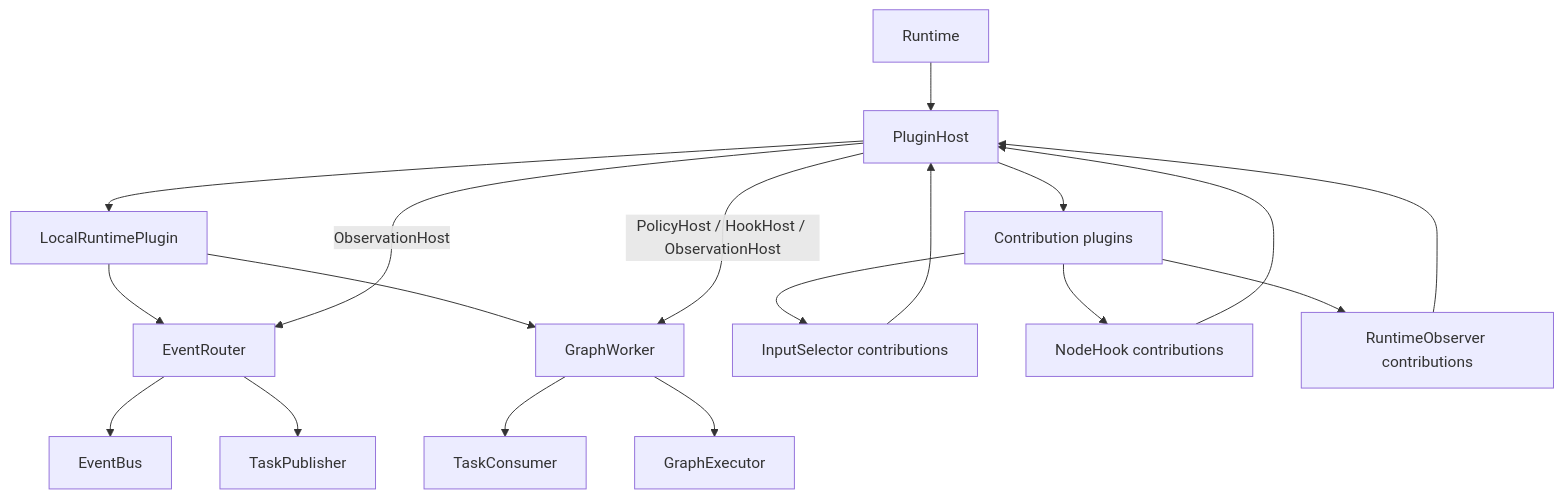
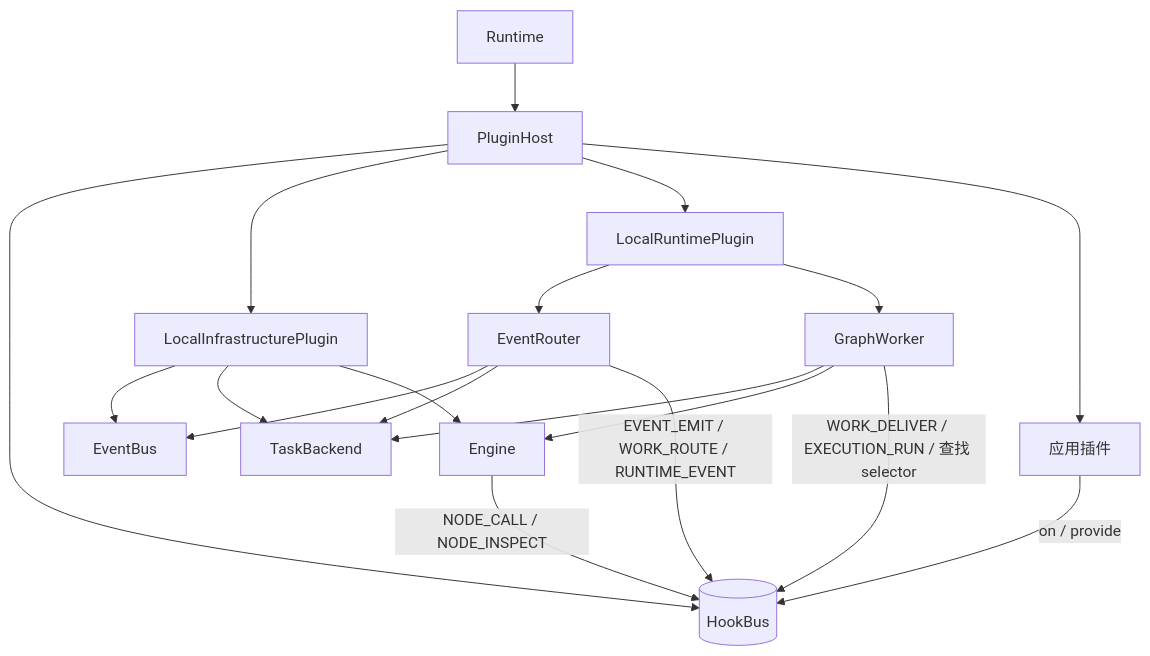
The second of 5 diagrams in docs/06-runtime-architecture.md (KKKKKKKEM/interlace), drawn with Mermaid before and after one commit. The commit also changed other lines of this file and 78 other files, not shown here.

````diff
--- a/docs/06-runtime-architecture.md
+++ b/docs/06-runtime-architecture.md
@@ -103,22 +105,23 @@
 ```mermaid
 flowchart TB
     Runtime --> Host[PluginHost]
+    Host --> Bus[(HookBus)]
+    Host --> Infra[LocalInfrastructurePlugin]
     Host --> Local[LocalRuntimePlugin]
-    Host --> Contributions[Contribution plugins]
+    Host --> Features[应用插件]
 
+    Infra --> EventBus
+    Infra --> Tasks[TaskBackend]
+    Infra --> Engine
     Local --> Router[EventRouter]
     Local --> Worker[GraphWorker]
-    Router --> Bus[EventBus]
-    Router --> Publisher[TaskPublisher]
-    Worker --> Consumer[TaskConsumer]
-    Worker --> Executor[GraphExecutor]
+    Router --> EventBus
+    Router --> Tasks
+    Worker --> Tasks
+    Worker --> Engine
 
-    Contributions --> Selectors[InputSelector contributions]
-    Contributions --> Hooks[NodeHook contributions]
-    Contributions --> Observers[RuntimeObserver contributions]
-    Selectors --> Host
-    Hooks --> Host
-    Observers --> Host
-    Host -->|PolicyHost / HookHost / ObservationHost| Worker
-    Host -->|ObservationHost| Router
+    Features -->|on / provide| Bus
+    Router -->|EVENT_EMIT / WORK_ROUTE / RUNTIME_EVENT| Bus
+    Worker -->|WORK_DELIVER / EXECUTION_RUN / 查找 selector| Bus
+    Engine -->|NODE_CALL / NODE_INSPECT| Bus
 ```
````
